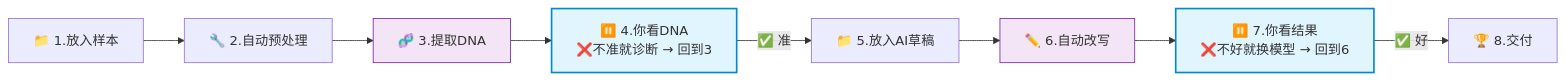
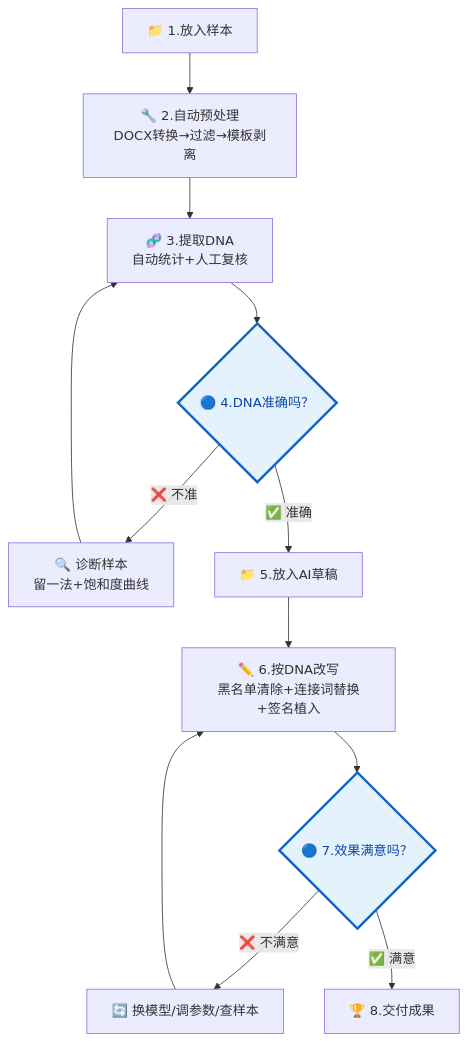
Before and after one commit to dvdxfv/skill-writing-dna: the diagram in README.md, drawn with Mermaid. The commit also changed other lines of this file, not shown here.

Commit message:
docs: 恢复TD布局流程图 + 精简节点 + 强化人工介入点
改动:
- 恢复 flowchart TD 从上到下布局（用户偏好）
- 节点从 20+ 精简到 10 个
- 🔵 菱形判断框标记人工确认点（DNA准确吗？/效果满意吗？）
- 人工节点用粗蓝色边框（stroke-width:3px）视觉突出
- 每个步骤保留简要说明文字

````diff
--- a/README.md
+++ b/README.md
@@ -25,15 +25,17 @@
 ```mermaid
-flowchart LR
-    A["📁 1.放入样本"] --> B["🔧 2.自动预处理"]
-    B --> C["🧬 3.提取DNA"]
-    C --> D["⏸️ 4.你看DNA<br/>❌不准就诊断 → 回到3"]
-    D -->|✅ 准| E["📁 5.放入AI草稿"]
-    E --> F["✏️ 6.自动改写"]
-    F --> G["⏸️ 7.你看结果<br/>❌不好就换模型 → 回到6"]
-    G -->|✅ 好| H["🏆 8.交付"]
+flowchart TD
+    A["📁 1.放入样本"] --> B["🔧 2.自动预处理<br/>DOCX转换→过滤→模板剥离"]
+    B --> C["🧬 3.提取DNA<br/>自动统计+人工复核"]
+    C --> D{"🔵 4.DNA准确吗？"}
+    D -->|❌ 不准| E["🔍 诊断样本<br/>留一法+饱和度曲线"]
+    E --> C
+    D -->|✅ 准确| F["📁 5.放入AI草稿"]
+    F --> G["✏️ 6.按DNA改写<br/>黑名单清除+连接词替换+签名植入"]
+    G --> H{"🔵 7.效果满意吗？"}
+    H -->|❌ 不满意| I["🔄 换模型/调参数/查样本"]
+    I --> G
+    H -->|✅ 满意| J["🏆 8.交付成果"]
 
-    style D fill:#e1f5fe,stroke:#0288d1,stroke-width:2px
-    style G fill:#e1f5fe,stroke:#0288d1,stroke-width:2px
-    style C fill:#f3e5f5,stroke:#7b1fa2,stroke-width:1px
-    style F fill:#f3e5f5,stroke:#7b1fa2,stroke-width:1px
+    style D fill:#e3f2fd,stroke:#1565c0,stroke-width:3px,color:#0d47a1
+    style H fill:#e3f2fd,stroke:#1565c0,stroke-width:3px,color:#0d47a1
 ```
````
